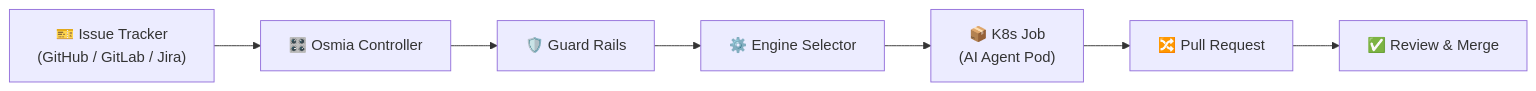
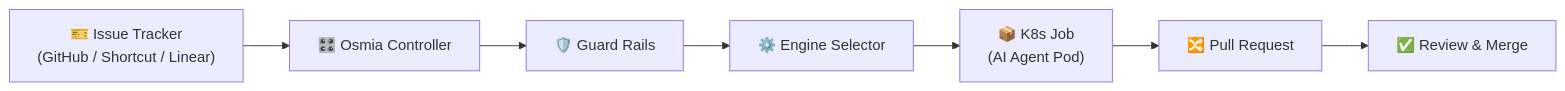
One commit to unitaryai/osmia changed the diagram in docs/index.md. Above: the diagram before and after it, drawn with Mermaid. The commit also changed other lines of this file and 28 other files, not shown here.

````diff
--- a/docs/index.md
+++ b/docs/index.md
@@ -48,9 +48,9 @@
 ```mermaid
 graph LR
-    A["🎫 Issue Tracker<br/>(GitHub / GitLab / Jira)"] --> B["🎛️ Osmia Controller"]
+    A["🎫 Issue Tracker<br/>(GitHub / Shortcut / Linear)"] --> B["🎛️ Osmia Controller"]
     B --> C["🛡️ Guard Rails"]
     C --> D["⚙️ Engine Selector"]
     D --> E["📦 K8s Job<br/>(AI Agent Pod)"]
     E --> F["🔀 Pull Request"]
     F --> G["✅ Review & Merge"]
 ```
````
